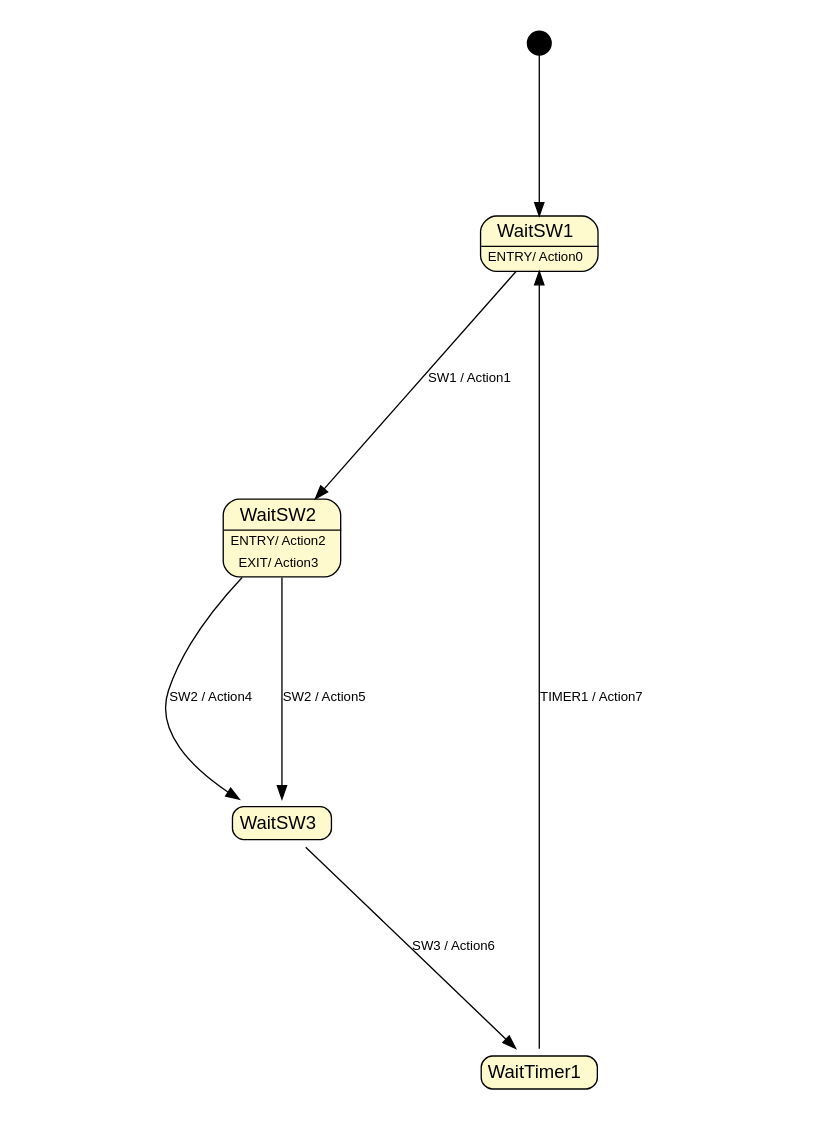
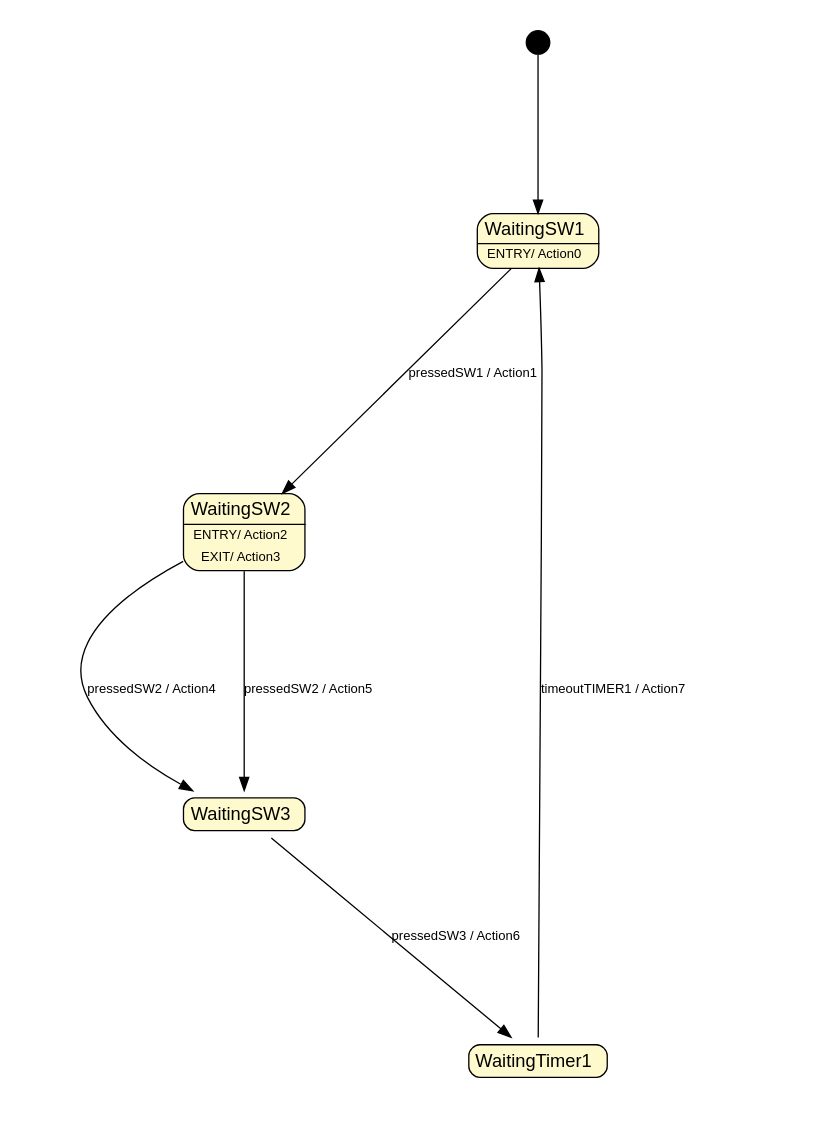
The diagram in v2/Demo/FsmDemo/Machine/fsmMachine.dot (Rafa350/EOS), drawn with Graphviz before and after one commit. The commit also changed 7 other files, not shown here.

```diff
--- a/v2/Demo/FsmDemo/Machine/fsmMachine.dot
+++ b/v2/Demo/FsmDemo/Machine/fsmMachine.dot
@@ -1,67 +1,67 @@
 digraph {
     ratio = "fill"
     size = "8.3,11.7!"
     margin = 0.5
     fontname = "arial"
     fontsize = 10
 
     node [
         fontname = "arial",
         fontsize = 14,
         shape = "none",
         margin = 0
     ]
 
     edge [
         fontname = "arial",
         fontsize = 10
     ]
 
     START [
         label= "",
         width = "0.25",
         height = "0.25",
         shape = "circle",
         style = "filled",
         fillcolor ="black"
     ]
 
-    WaitSW1 [
-        label = <<table cellborder="0" style="rounded" bgcolor="lemonchiffon"><tr><td><font point-size="14"> WaitSW1 </font></td></tr><hr/><tr><td><font point-size="10"> ENTRY/ Action0 </font></td></tr></table>>
+    WaitingSW1 [
+        label = <<table cellborder="0" style="rounded" bgcolor="lemonchiffon"><tr><td><font point-size="14"> WaitingSW1 </font></td></tr><hr/><tr><td><font point-size="10"> ENTRY/ Action0 </font></td></tr></table>>
     ];
 
-    WaitSW2 [
-        label = <<table cellborder="0" style="rounded" bgcolor="lemonchiffon"><tr><td><font point-size="14"> WaitSW2 </font></td></tr><hr/><tr><td><font point-size="10"> ENTRY/ Action2 </font></td></tr><tr><td><font point-size="10"> EXIT/ Action3 </font></td></tr></table>>
+    WaitingSW2 [
+        label = <<table cellborder="0" style="rounded" bgcolor="lemonchiffon"><tr><td><font point-size="14"> WaitingSW2 </font></td></tr><hr/><tr><td><font point-size="10"> ENTRY/ Action2 </font></td></tr><tr><td><font point-size="10"> EXIT/ Action3 </font></td></tr></table>>
     ];
 
-    WaitSW3 [
-        label = <<table cellborder="0" style="rounded" bgcolor="lemonchiffon"><tr><td><font point-size="14"> WaitSW3 </font></td></tr></table>>
+    WaitingSW3 [
+        label = <<table cellborder="0" style="rounded" bgcolor="lemonchiffon"><tr><td><font point-size="14"> WaitingSW3 </font></td></tr></table>>
     ];
 
-    WaitTimer1 [
-        label = <<table cellborder="0" style="rounded" bgcolor="lemonchiffon"><tr><td><font point-size="14"> WaitTimer1 </font></td></tr></table>>
+    WaitingTimer1 [
+        label = <<table cellborder="0" style="rounded" bgcolor="lemonchiffon"><tr><td><font point-size="14"> WaitingTimer1 </font></td></tr></table>>
     ];
 
 
-    START->WaitSW1
+    START->WaitingSW1
 
-    WaitSW1->WaitSW2 [
-        label = "SW1 / Action1"
+    WaitingSW1->WaitingSW2 [
+        label = "pressedSW1 / Action1"
     ];
 
-    WaitSW2->WaitSW3 [
-        label = "SW2 / Action4"
+    WaitingSW2->WaitingSW3 [
+        label = "pressedSW2 / Action4"
     ];
-    WaitSW2->WaitSW3 [
-        label = "SW2 / Action5"
+    WaitingSW2->WaitingSW3 [
+        label = "pressedSW2 / Action5"
     ];
 
-    WaitSW3->WaitTimer1 [
-        label = "SW3 / Action6"
+    WaitingSW3->WaitingTimer1 [
+        label = "pressedSW3 / Action6"
     ];
 
-    WaitTimer1->WaitSW1 [
-        label = "TIMER1 / Action7"
+    WaitingTimer1->WaitingSW1 [
+        label = "timeoutTIMER1 / Action7"
     ];
 
 }
```
